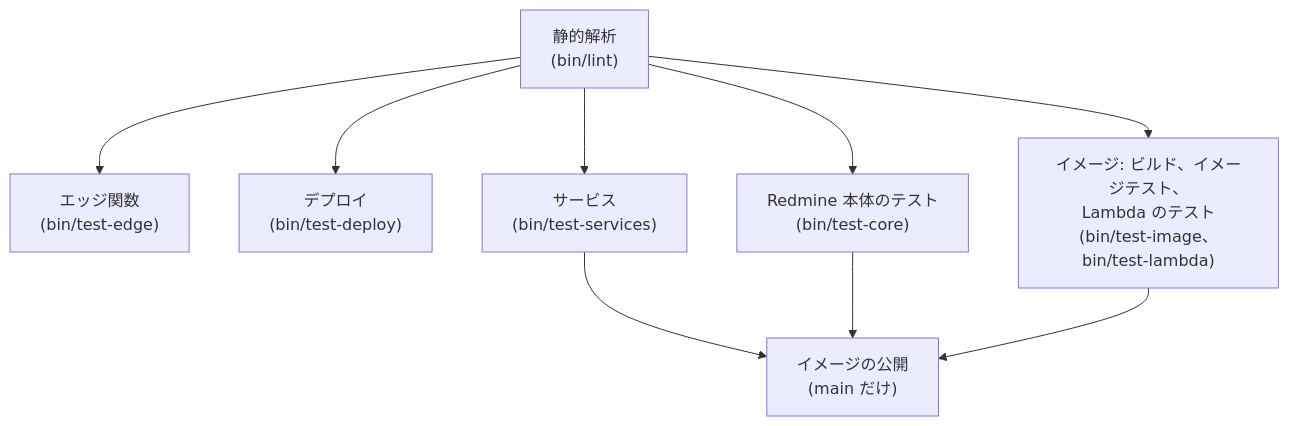
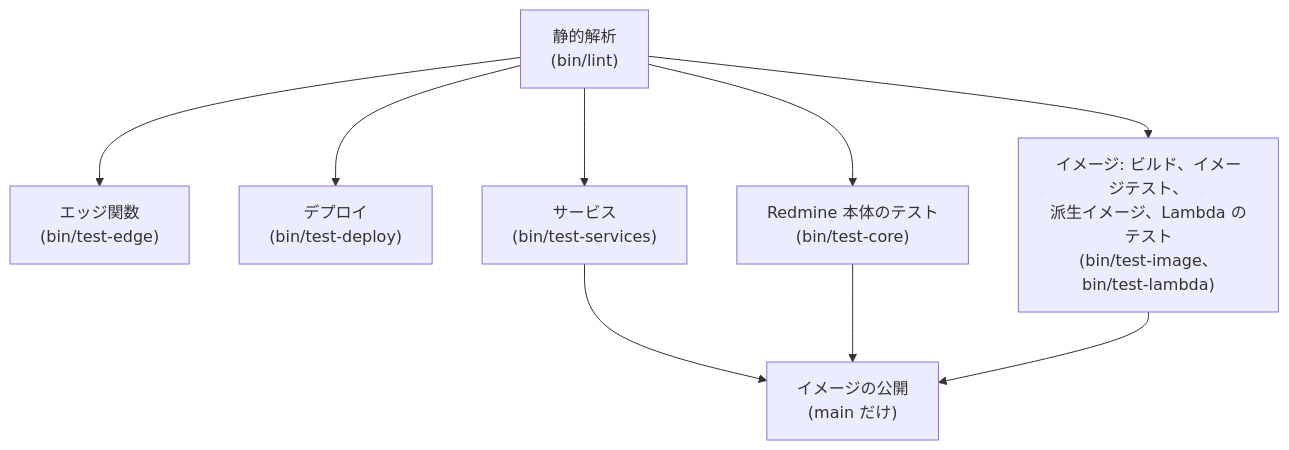
One commit to redmine-kit/serverless changed the diagram in docs/ja/testing.md. Above: the diagram before and after it, drawn with Mermaid. The commit also changed other lines of this file and 7 other files, not shown here.

````diff
--- a/docs/ja/testing.md
+++ b/docs/ja/testing.md
@@ -293,11 +294,11 @@
 ```mermaid
 flowchart TD
   a["静的解析<br>(bin/lint)"] --> e["エッジ関数<br>(bin/test-edge)"]
   a --> d["デプロイ<br>(bin/test-deploy)"]
   a --> s["サービス<br>(bin/test-services)"]
   a --> c["Redmine 本体のテスト<br>(bin/test-core)"]
-  a --> i["イメージ: ビルド、イメージテスト、<br>Lambda のテスト<br>(bin/test-image、bin/test-lambda)"]
+  a --> i["イメージ: ビルド、イメージテスト、<br>派生イメージ、Lambda のテスト<br>(bin/test-image、bin/test-lambda)"]
   s --> p["イメージの公開<br>(main だけ)"]
   c --> p
   i --> p
 ```
````
